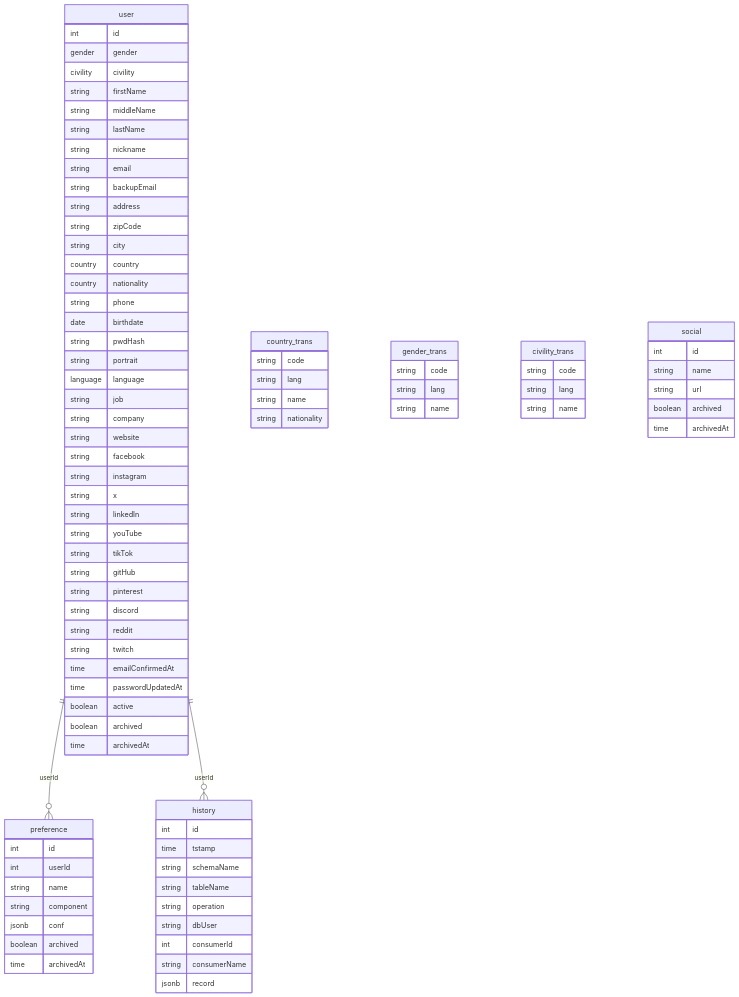
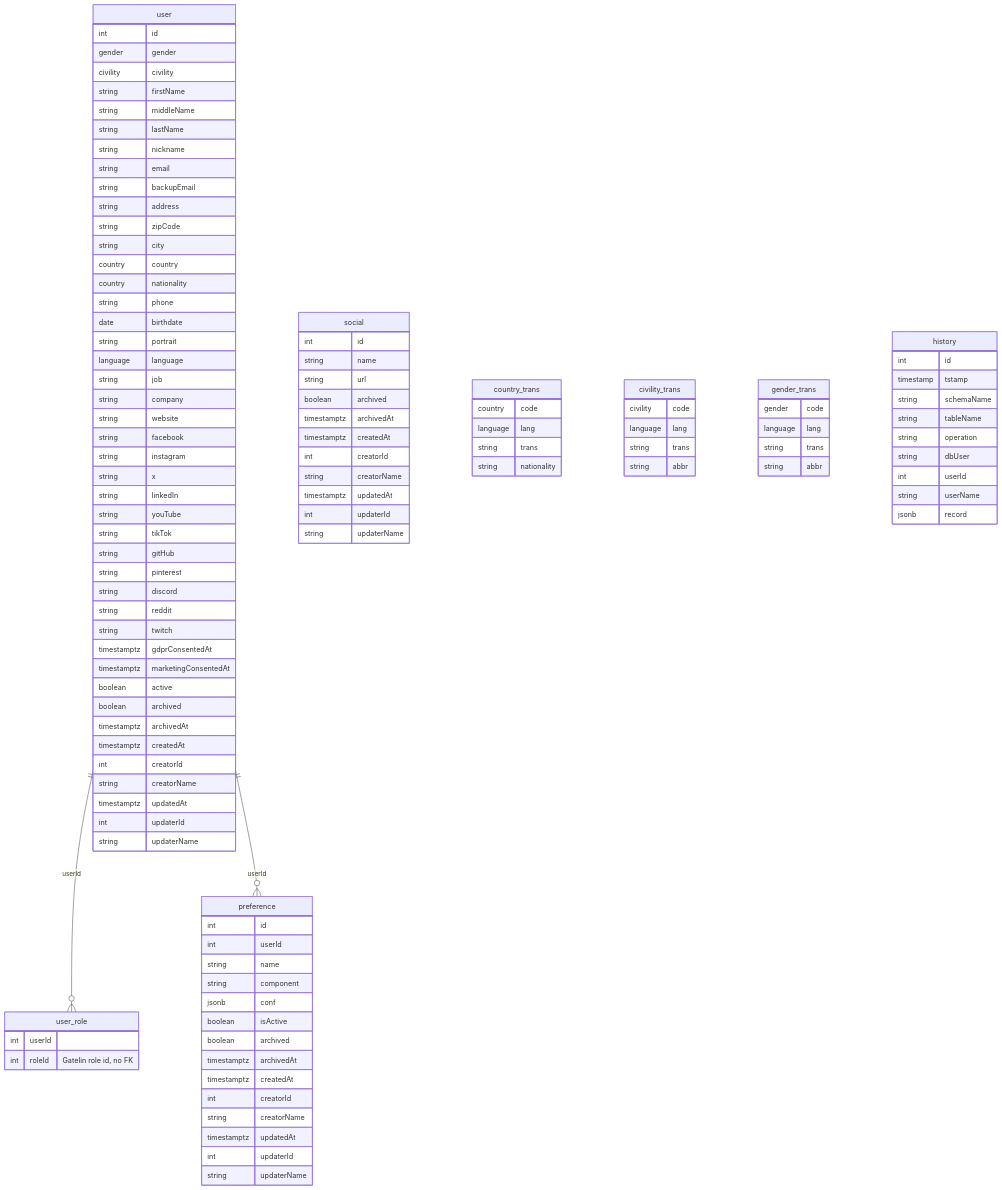
Before and after one commit to ALTEN-group/Megadex: the diagram in doc/erd.md, drawn with Mermaid. The commit also changed 243 other files, not shown here.

First line of the commit message:
feat: add Angular admin, Docker stack and fix Liquibase schema

````diff
--- a/doc/erd.md
+++ b/doc/erd.md
@@ -1,12 +1,12 @@
 ```mermaid
 ---
-caption: Diagramme entité-relation de ms_user
+caption: Diagramme entité-relation de megadex
 ---
 
 erDiagram
-  
+
+  user ||--o{ user_role : "userId"
   user ||--o{ preference : "userId"
-  user ||--o{ history : "userId"
 
   user {
     int id
@@ -25,7 +25,6 @@
     country nationality
     string phone
     date birthdate
-    string pwdHash
     string portrait
     language language
     string job
@@ -42,11 +41,22 @@
     string discord
     string reddit
     string twitch
-    time emailConfirmedAt
-    time passwordUpdatedAt
+    timestamptz gdprConsentedAt
+    timestamptz marketingConsentedAt
     boolean active
     boolean archived
-    time archivedAt
+    timestamptz archivedAt
+    timestamptz createdAt
+    int creatorId
+    string creatorName
+    timestamptz updatedAt
+    int updaterId
+    string updaterName
+  }
+
+  user_role {
+    int userId
+    int roleId "Gatelin role id, no FK"
   }
 
   preference {
@@ -55,27 +65,15 @@
     string name
     string component
     jsonb conf
+    boolean isActive
     boolean archived
-    time archivedAt
-  }
-
-  country_trans {
-    string code
-    string lang
-    string name
-    string nationality
-  }
-
-  gender_trans {
-    string code
-    string lang
-    string name
-  }
-
-  civility_trans {
-    string code
-    string lang
-    string name
+    timestamptz archivedAt
+    timestamptz createdAt
+    int creatorId
+    string creatorName
+    timestamptz updatedAt
+    int updaterId
+    string updaterName
   }
 
   social {
@@ -83,18 +81,45 @@
     string name
     string url
     boolean archived
-    time archivedAt
+    timestamptz archivedAt
+    timestamptz createdAt
+    int creatorId
+    string creatorName
+    timestamptz updatedAt
+    int updaterId
+    string updaterName
+  }
+
+  country_trans {
+    country code
+    language lang
+    string trans
+    string nationality
+  }
+
+  civility_trans {
+    civility code
+    language lang
+    string trans
+    string abbr
+  }
+
+  gender_trans {
+    gender code
+    language lang
+    string trans
+    string abbr
   }
 
   history {
     int id
-    time tstamp
+    timestamp tstamp
     string schemaName
     string tableName
     string operation
     string dbUser
-    int consumerId
-    string consumerName
+    int userId
+    string userName
     jsonb record
   }
 
````
